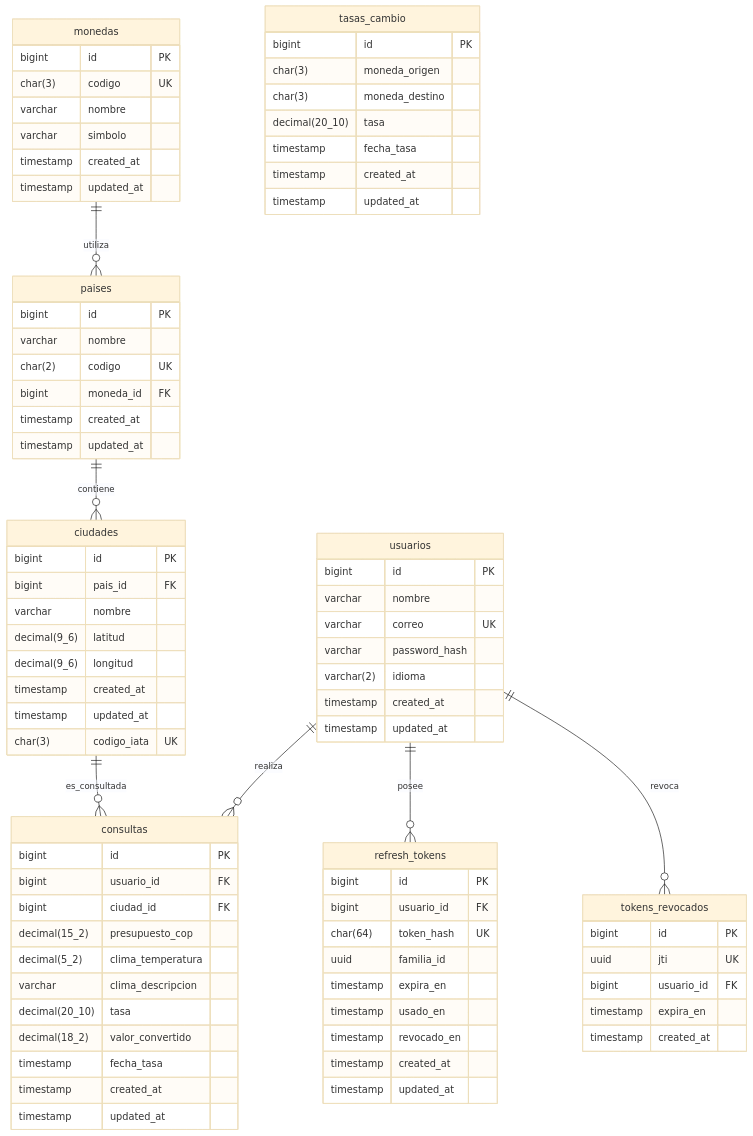
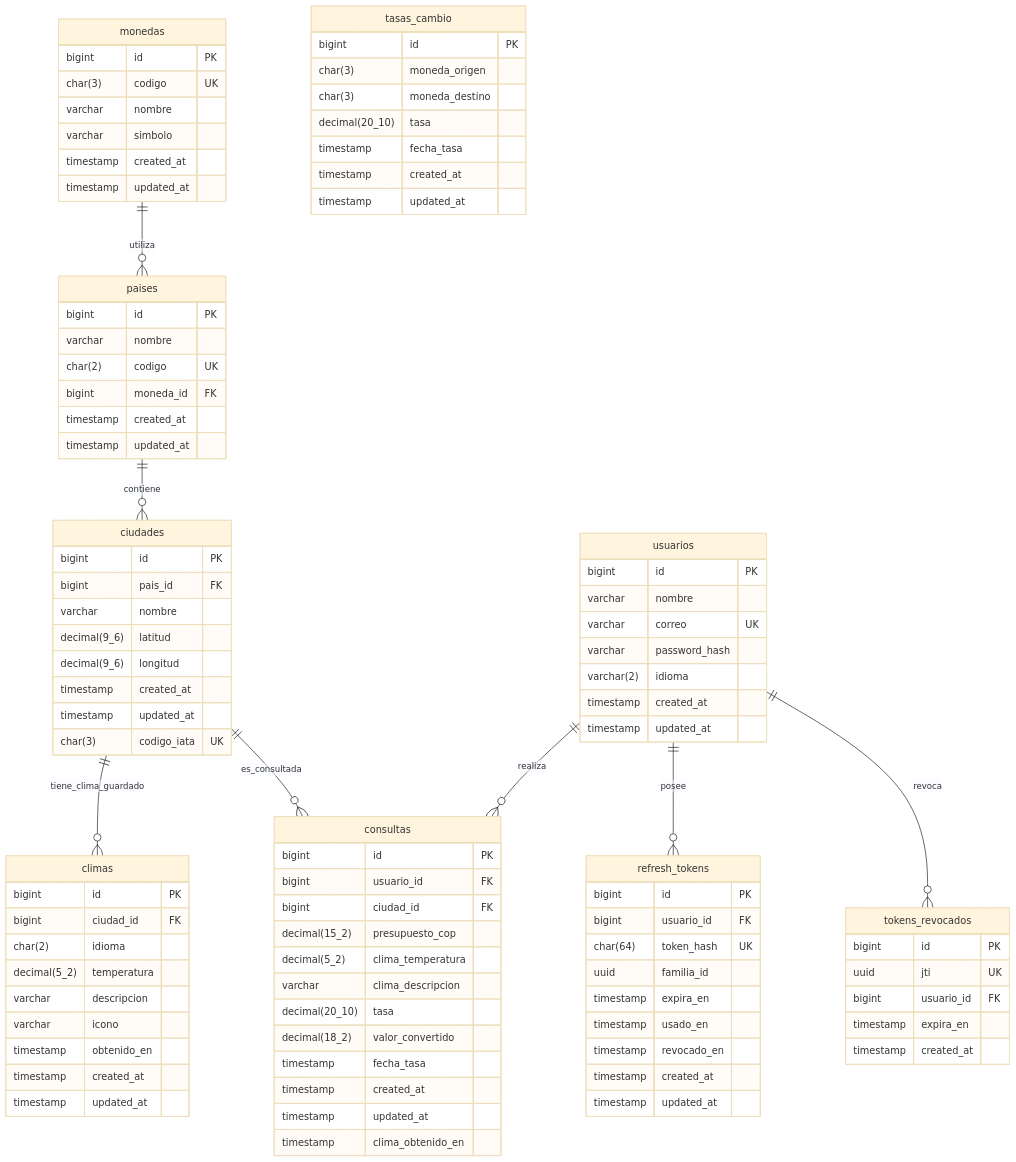
The diagram in docs/database/README.md (JoseMedina-prog/prueba-tecnica-infodec), drawn with Mermaid (base theme) before and after one commit. The commit also changed 32 other files, not shown here.

```diff
--- a/docs/database/README.md
+++ b/docs/database/README.md
@@ -16,6 +16,7 @@
 erDiagram
     monedas ||--o{ paises : "utiliza"
     paises ||--o{ ciudades : "contiene"
+    ciudades ||--o{ climas : "tiene_clima_guardado"
     usuarios ||--o{ consultas : "realiza"
     ciudades ||--o{ consultas : "es_consultada"
     usuarios ||--o{ refresh_tokens : "posee"
@@ -50,6 +51,18 @@
         char(3) codigo_iata UK
     }
 
+    climas {
+        bigint id PK
+        bigint ciudad_id FK
+        char(2) idioma
+        decimal(5_2) temperatura
+        varchar descripcion
+        varchar icono
+        timestamp obtenido_en
+        timestamp created_at
+        timestamp updated_at
+    }
+
     usuarios {
         bigint id PK
         varchar nombre
@@ -72,6 +85,7 @@
         timestamp fecha_tasa
         timestamp created_at
         timestamp updated_at
+        timestamp clima_obtenido_en
     }
 
     tasas_cambio {
```
